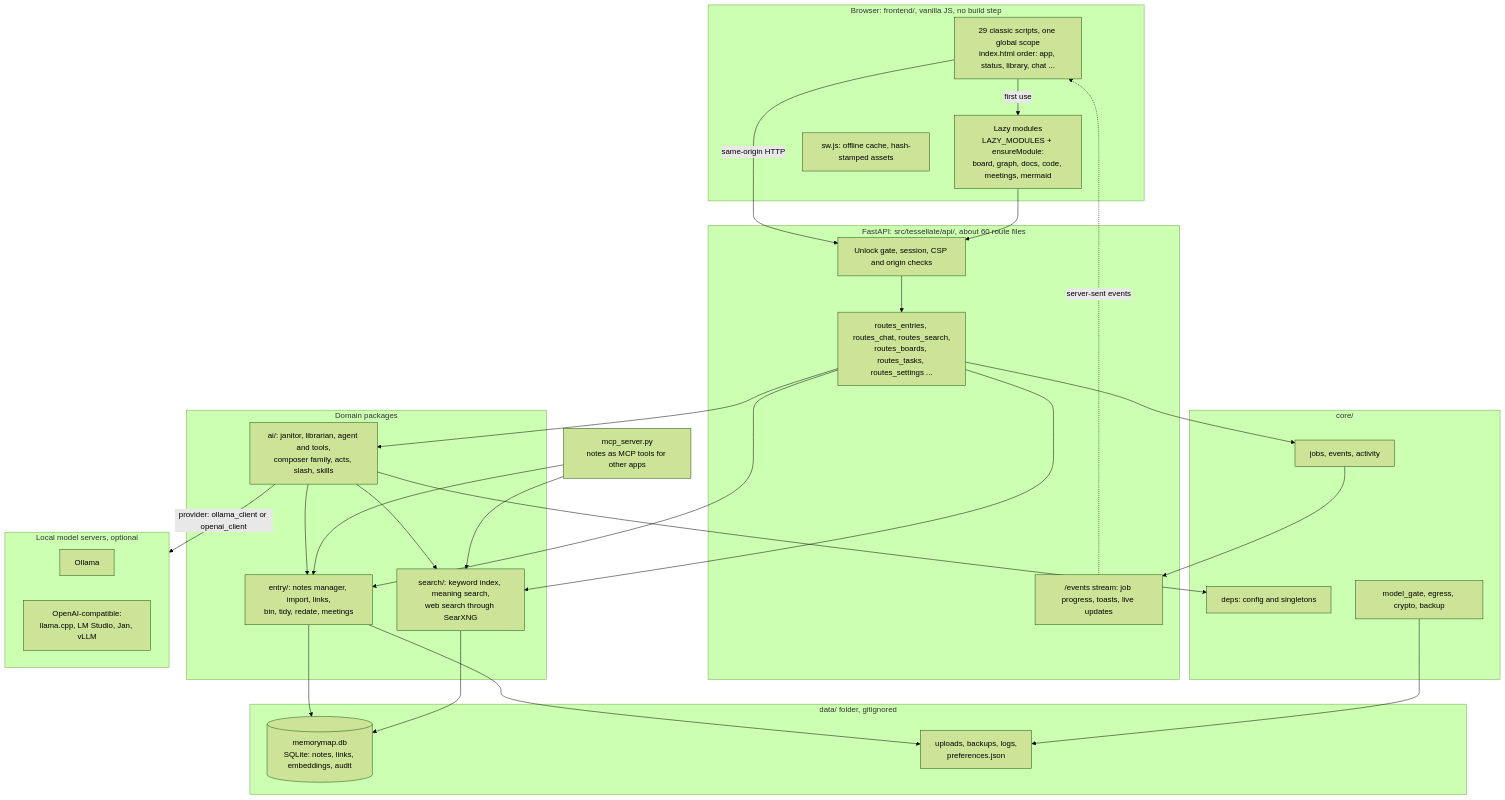
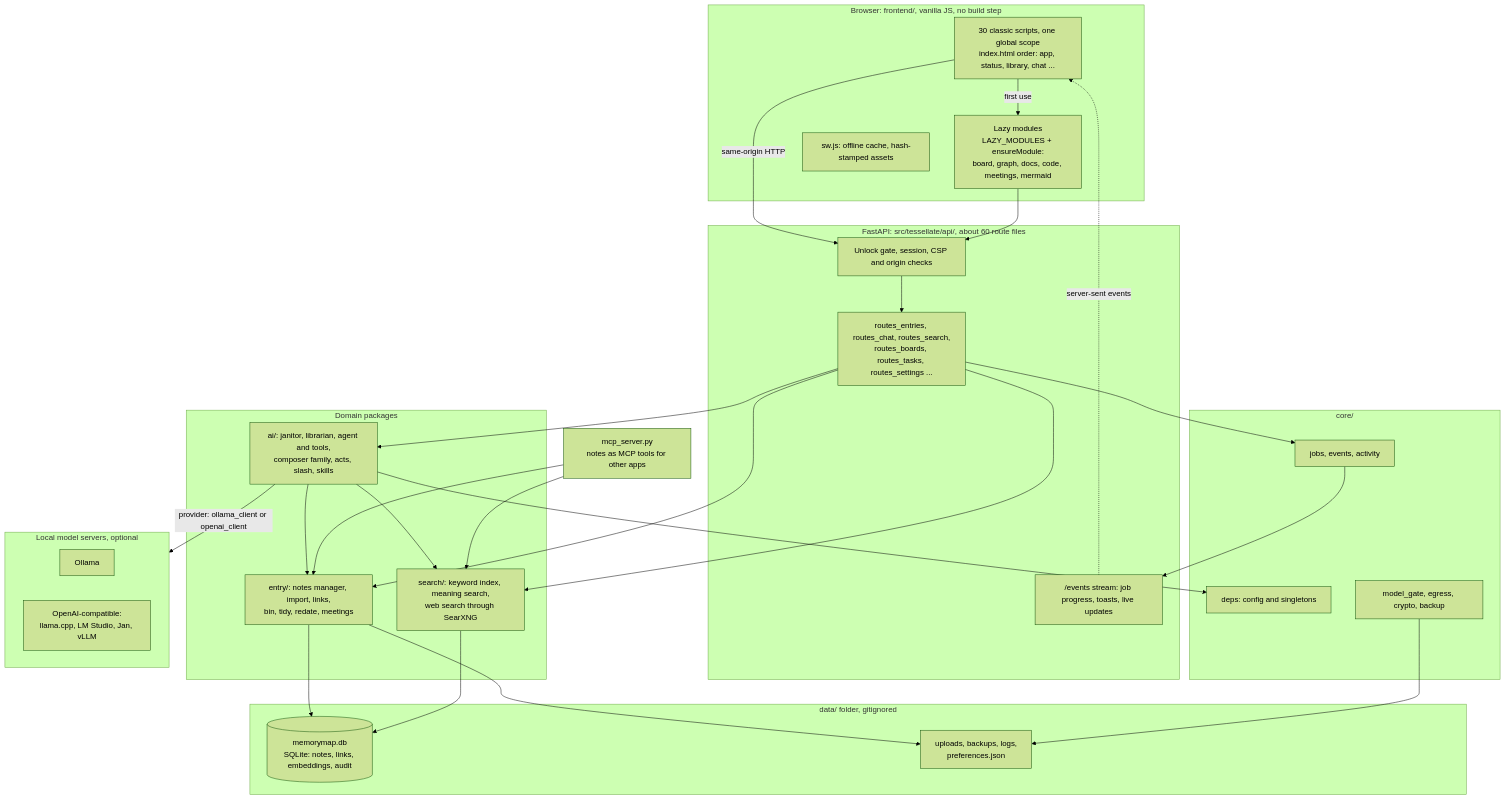
The first of 3 diagrams in docs/ARCHITECTURE.md (Braydenh563/Tessellate), drawn with Mermaid (forest theme) before and after one commit. The commit also changed other lines of this file and 27 other files, not shown here.

````diff
--- a/docs/ARCHITECTURE.md
+++ b/docs/ARCHITECTURE.md
@@ -79,59 +79,59 @@
 ```mermaid
 flowchart TB
   subgraph Browser["Browser: frontend/, vanilla JS, no build step"]
-    Shell["29 classic scripts, one global scope<br/>index.html order: app, status, library, chat ..."]
+    Shell["30 classic scripts, one global scope<br/>index.html order: app, status, library, chat ..."]
     Lazy["Lazy modules<br/>LAZY_MODULES + ensureModule:<br/>board, graph, docs, code, meetings, mermaid"]
     SW["sw.js: offline cache, hash-stamped assets"]
     Shell -- "first use" --> Lazy
   end
 
   subgraph API["FastAPI: src/tessellate/api/, about 60 route files"]
     Gate["Unlock gate, session, CSP and origin checks"]
     Routes["routes_entries, routes_chat, routes_search,<br/>routes_boards, routes_tasks, routes_settings ..."]
     Events["/events stream: job progress, toasts, live updates"]
     Gate --> Routes
   end
 
   subgraph Domain["Domain packages"]
     Entry["entry/: notes manager, import, links,<br/>bin, tidy, redate, meetings"]
     AI["ai/: janitor, librarian, agent and tools,<br/>composer family, acts, slash, skills"]
     Search["search/: keyword index, meaning search,<br/>web search through SearXNG"]
   end
 
   subgraph Core["core/"]
     Deps["deps: config and singletons"]
     Jobs["jobs, events, activity"]
     Gatekeep["model_gate, egress, crypto, backup"]
   end
 
   subgraph Data["data/ folder, gitignored"]
     DB[("memorymap.db<br/>SQLite: notes, links, embeddings, audit")]
     Files["uploads, backups, logs,<br/>preferences.json"]
   end
 
   subgraph Models["Local model servers, optional"]
     Ollama["Ollama"]
     OAI["OpenAI-compatible:<br/>llama.cpp, LM Studio, Jan, vLLM"]
   end
 
   MCP["mcp_server.py<br/>notes as MCP tools for other apps"]
 
   Shell -- "same-origin HTTP" --> Gate
   Lazy --> Gate
   Events -. "server-sent events" .-> Shell
   Routes --> Entry
   Routes --> AI
   Routes --> Search
   AI --> Search
   AI --> Entry
   AI -- "provider: ollama_client or openai_client" --> Models
   Entry --> DB
   Search --> DB
   AI --> Deps
   Routes --> Jobs
   Jobs --> Events
   Entry --> Files
   Gatekeep --> Files
   MCP --> Entry
   MCP --> Search
 ```
````
